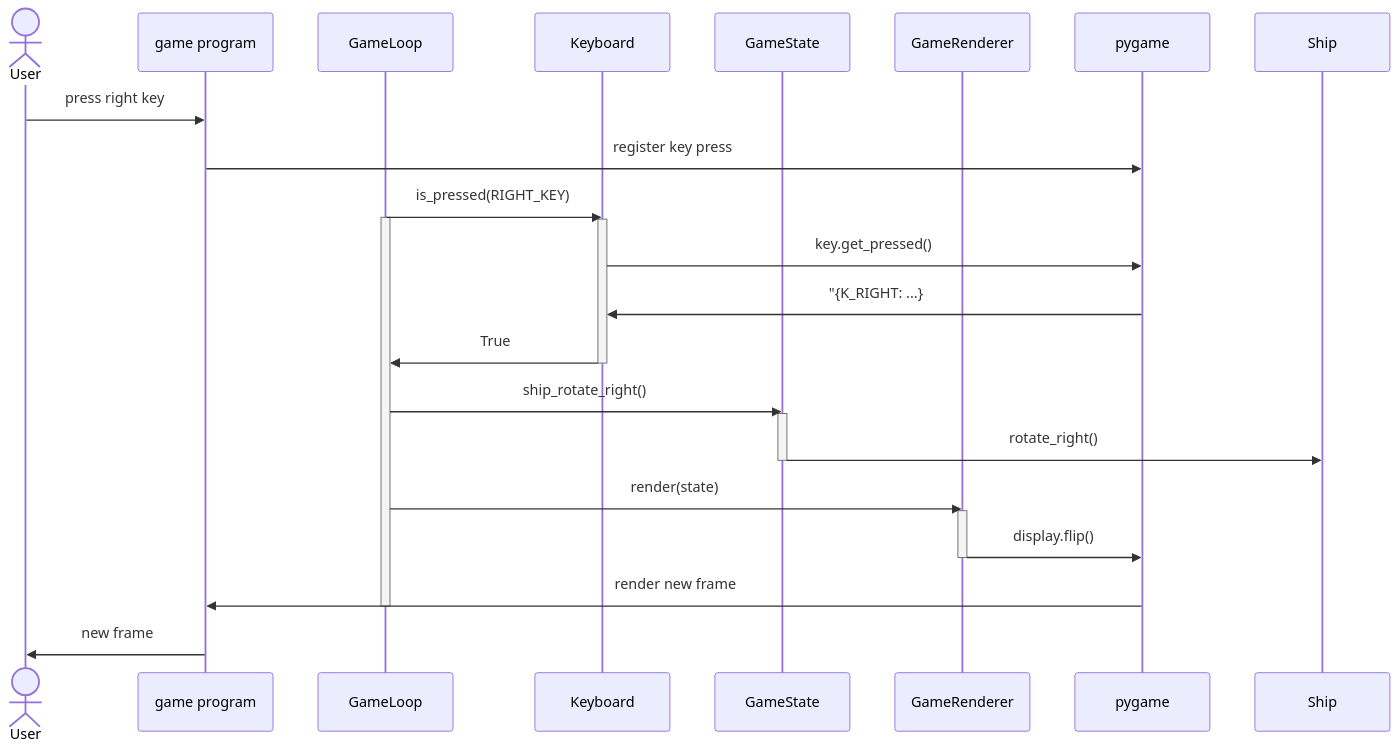
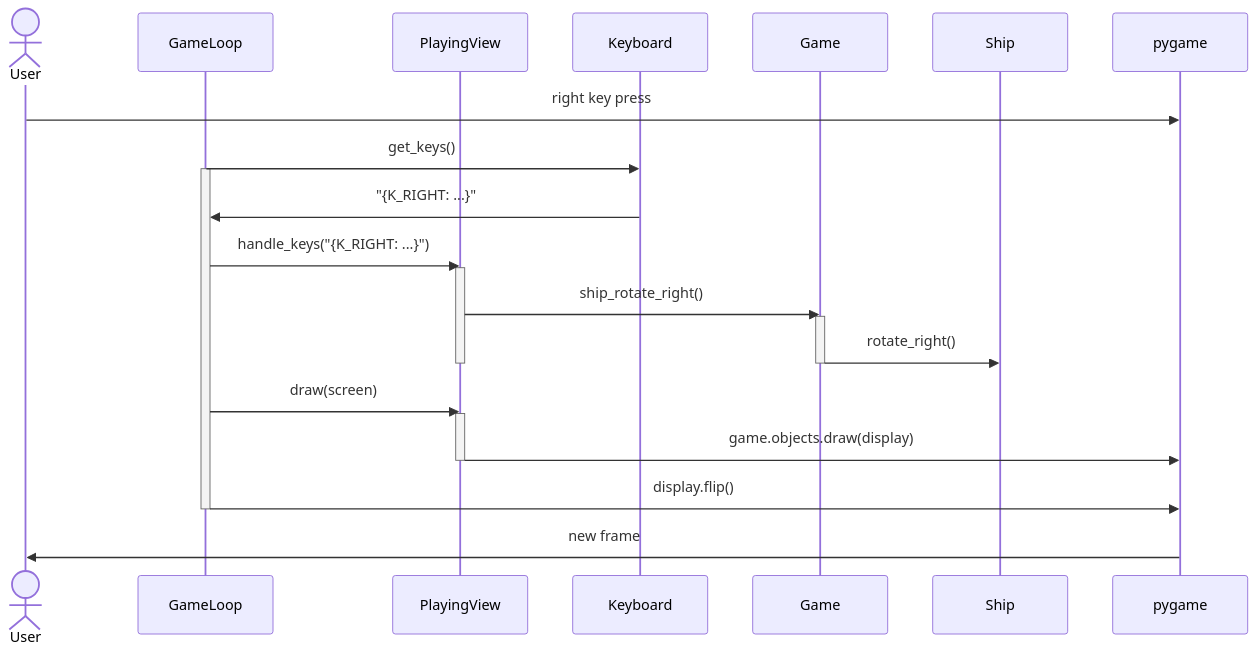
One commit to ladtopi/ohtelabra-asteroids changed the second of 2 diagrams in dokumentaatio/arkkitehtuuri.md. Above: the diagram before and after it, drawn with Mermaid. The commit also changed other lines of this file, not shown here.

Commit message:
update architecture doc

````diff
--- a/dokumentaatio/arkkitehtuuri.md
+++ b/dokumentaatio/arkkitehtuuri.md
@@ -68,32 +87,32 @@
 ```mermaid
 sequenceDiagram
     actor User
-    participant game program
     participant GameLoop
+    participant PlayingView
     participant Keyboard
-    participant GameState
-    participant GameRenderer
+    participant Game
+    participant Ship
     participant pygame
 
-    User ->> game program: press right key
-    game program ->> pygame: register key press
-    GameLoop ->> Keyboard: is_pressed(RIGHT_KEY)
+    User ->> pygame: right key press
+    GameLoop ->> Keyboard: get_keys()
     activate GameLoop
-    activate Keyboard
 
-    Keyboard ->> pygame: key.get_pressed()
-    pygame ->> Keyboard: "{K_RIGHT: ...}
-    Keyboard ->> GameLoop: True
-    deactivate Keyboard
-    GameLoop ->> GameState: ship_rotate_right()
-    activate GameState
-    GameState ->> Ship: rotate_right()
-    deactivate GameState
-    GameLoop ->> GameRenderer: render(state)
-    activate GameRenderer
-    GameRenderer ->> pygame: display.flip()
-    deactivate GameRenderer
-    pygame ->> game program: render new frame
+    Keyboard ->> GameLoop: "{K_RIGHT: ...}"
+    GameLoop ->> PlayingView: handle_keys("{K_RIGHT: ...}")
+    activate PlayingView
+    PlayingView ->> Game: ship_rotate_right()
+    activate Game
+    Game ->> Ship: rotate_right()
+    deactivate Game
+    deactivate PlayingView
+    GameLoop ->> PlayingView: draw(screen)
+    activate PlayingView
+    PlayingView ->> pygame: game.objects.draw(display)
+    deactivate PlayingView
+
+    GameLoop ->> pygame: display.flip()
     deactivate GameLoop
-    game program ->> User: new frame
+
+    pygame ->> User: new frame
 ```
````
